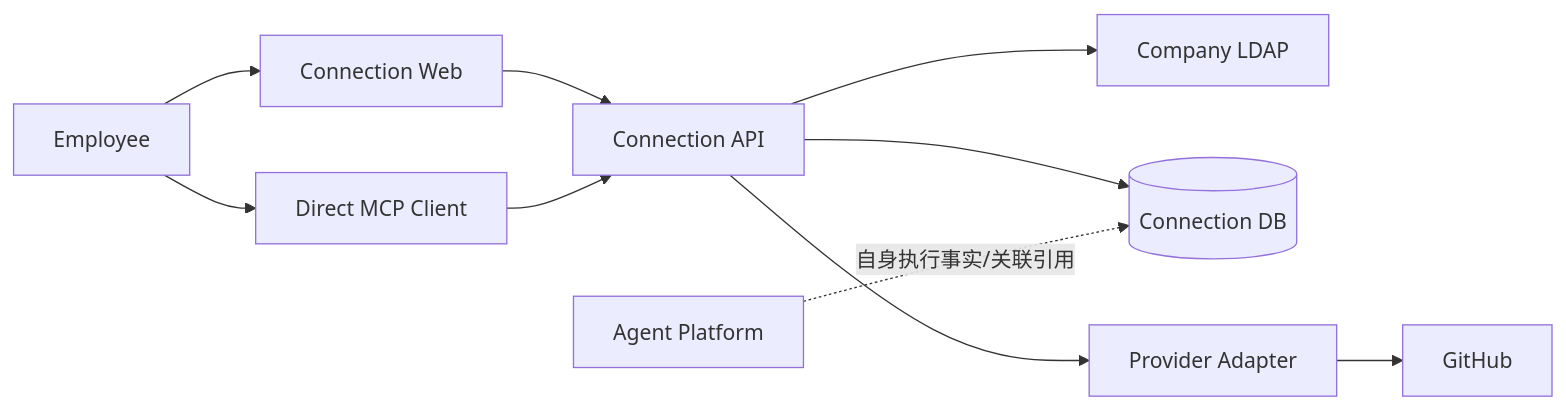
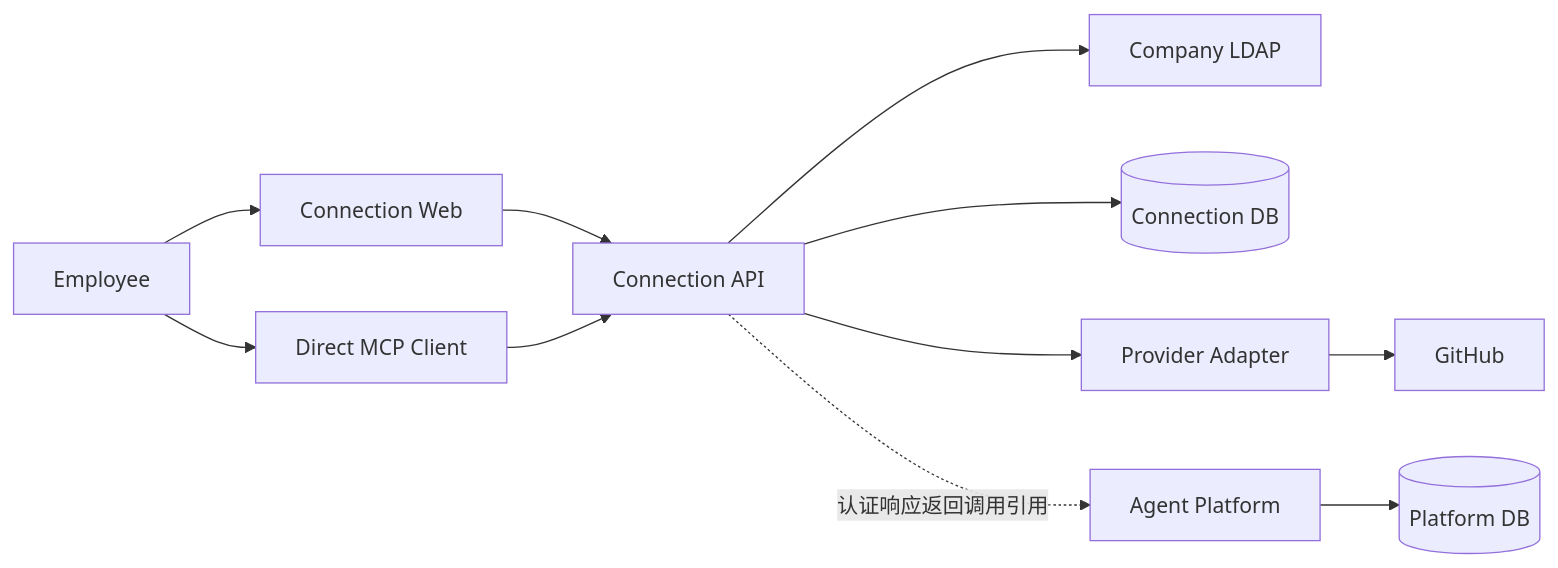
One commit to AgoraIO-Extensions/agent-infra changed the first of 2 diagrams in docs/architecture/HLD-connection-M1.md. Above: the diagram before and after it, drawn with Mermaid. The commit also changed other lines of this file and 2 other files, not shown here.

````diff
--- a/docs/architecture/HLD-connection-M1.md
+++ b/docs/architecture/HLD-connection-M1.md
@@ -20,12 +20,13 @@
 ```mermaid
 flowchart LR
     U[Employee] --> CW[Connection Web]
     U --> MC[Direct MCP Client]
     CW --> CA[Connection API]
     MC --> CA
     CA --> LDAP[Company LDAP]
     CA --> CD[(Connection DB)]
     CA --> K[Provider Adapter]
     K --> GH[GitHub]
-    AP[Agent Platform] -.->|自身执行事实/关联引用| CD
+    AP[Agent Platform] --> PD[(Platform DB)]
+    CA -.->|认证响应返回调用引用| AP
 ```
````
